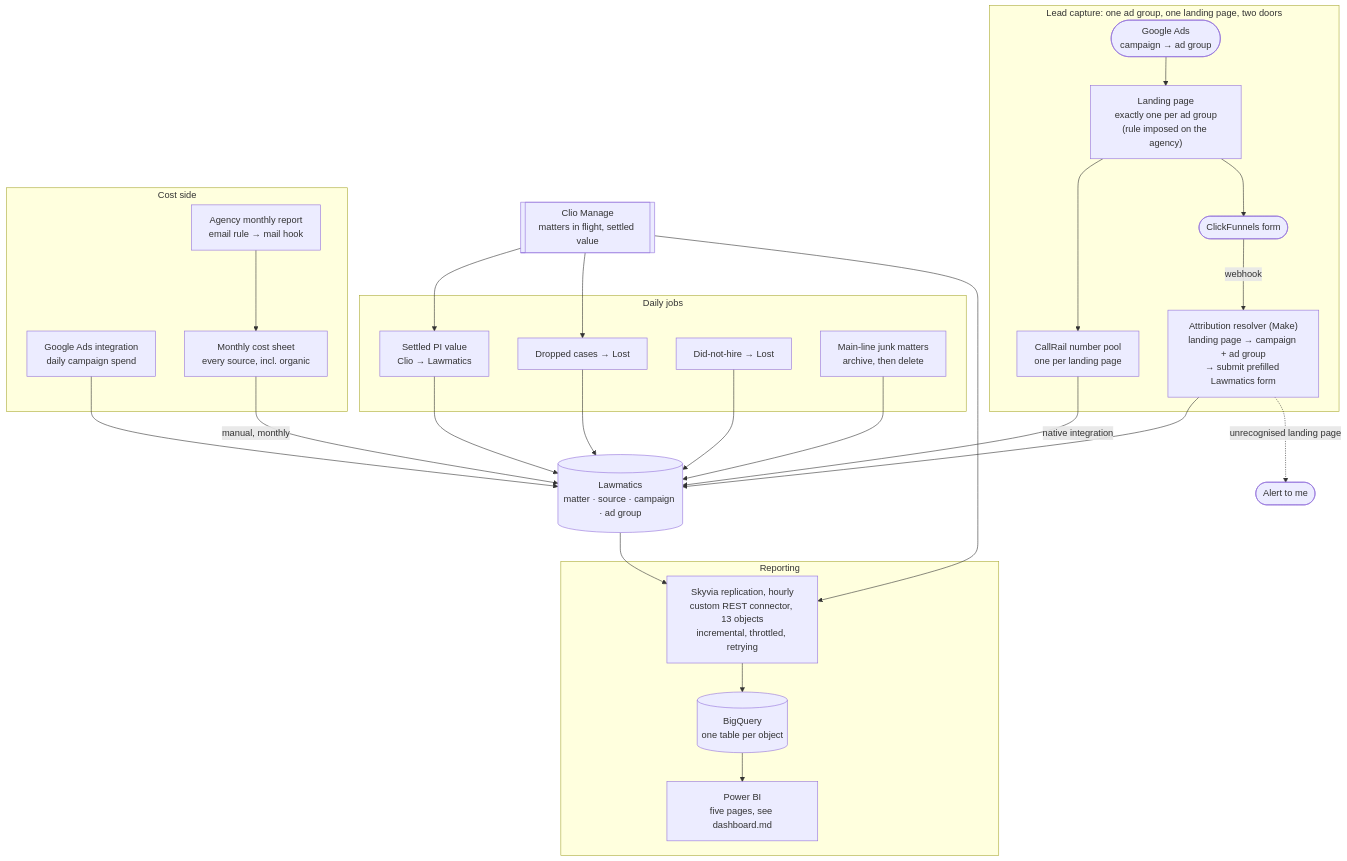
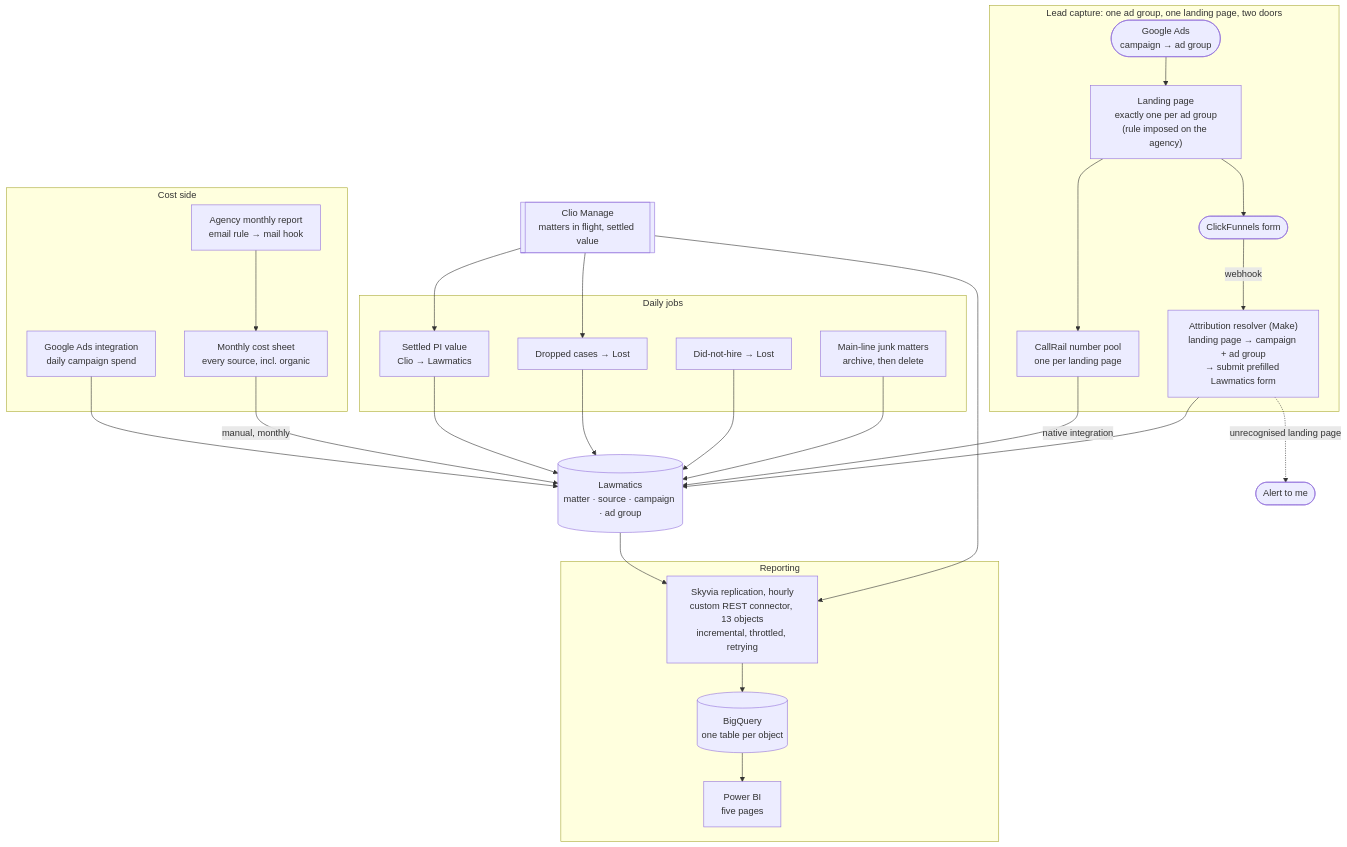
Before and after one commit to laraderosa-lab/laraderosa-solutions: the diagram in marketing-attribution/README.md, drawn with Mermaid. The commit also changed other lines of this file and 6 other files, not shown here.

````diff
--- a/marketing-attribution/README.md
+++ b/marketing-attribution/README.md
@@ -263,48 +263,48 @@
 ```mermaid
 flowchart TB
   subgraph capture["Lead capture: one ad group, one landing page, two doors"]
     ag(["Google Ads<br/>campaign → ad group"])
     lp["Landing page<br/>exactly one per ad group<br/>(rule imposed on the agency)"]
     cr["CallRail number pool<br/>one per landing page"]
     form(["ClickFunnels form"])
     resolver["Attribution resolver (Make)<br/>landing page → campaign + ad group<br/>→ submit prefilled Lawmatics form"]
   end
 
   lm[("Lawmatics<br/>matter · source · campaign · ad group")]
   clio[["Clio Manage<br/>matters in flight, settled value"]]
 
   subgraph costs["Cost side"]
     ads["Google Ads integration<br/>daily campaign spend"]
     report["Agency monthly report<br/>email rule → mail hook"]
     sheet["Monthly cost sheet<br/>every source, incl. organic"]
   end
 
   subgraph hygiene["Daily jobs"]
     h1["Settled PI value<br/>Clio → Lawmatics"]
     h2["Dropped cases → Lost"]
     h3["Did-not-hire → Lost"]
     h4["Main-line junk matters<br/>archive, then delete"]
   end
 
   subgraph bi["Reporting"]
     sky["Skyvia replication, hourly<br/>custom REST connector, 13 objects<br/>incremental, throttled, retrying"]
     bq[("BigQuery<br/>one table per object")]
-    pbi["Power BI<br/>five pages, see dashboard.md"]
+    pbi["Power BI<br/>five pages"]
   end
 
   alert(["Alert to me"])
 
   ag --> lp
   lp --> cr -->|"native integration"| lm
   lp --> form -->|webhook| resolver --> lm
   resolver -.->|"unrecognised landing page"| alert
   ads --> lm
   report --> sheet -->|"manual, monthly"| lm
   clio --> h1 --> lm
   clio --> h2 --> lm
   h3 --> lm
   h4 --> lm
   lm --> sky
   clio --> sky
   sky --> bq --> pbi
 ```
````
